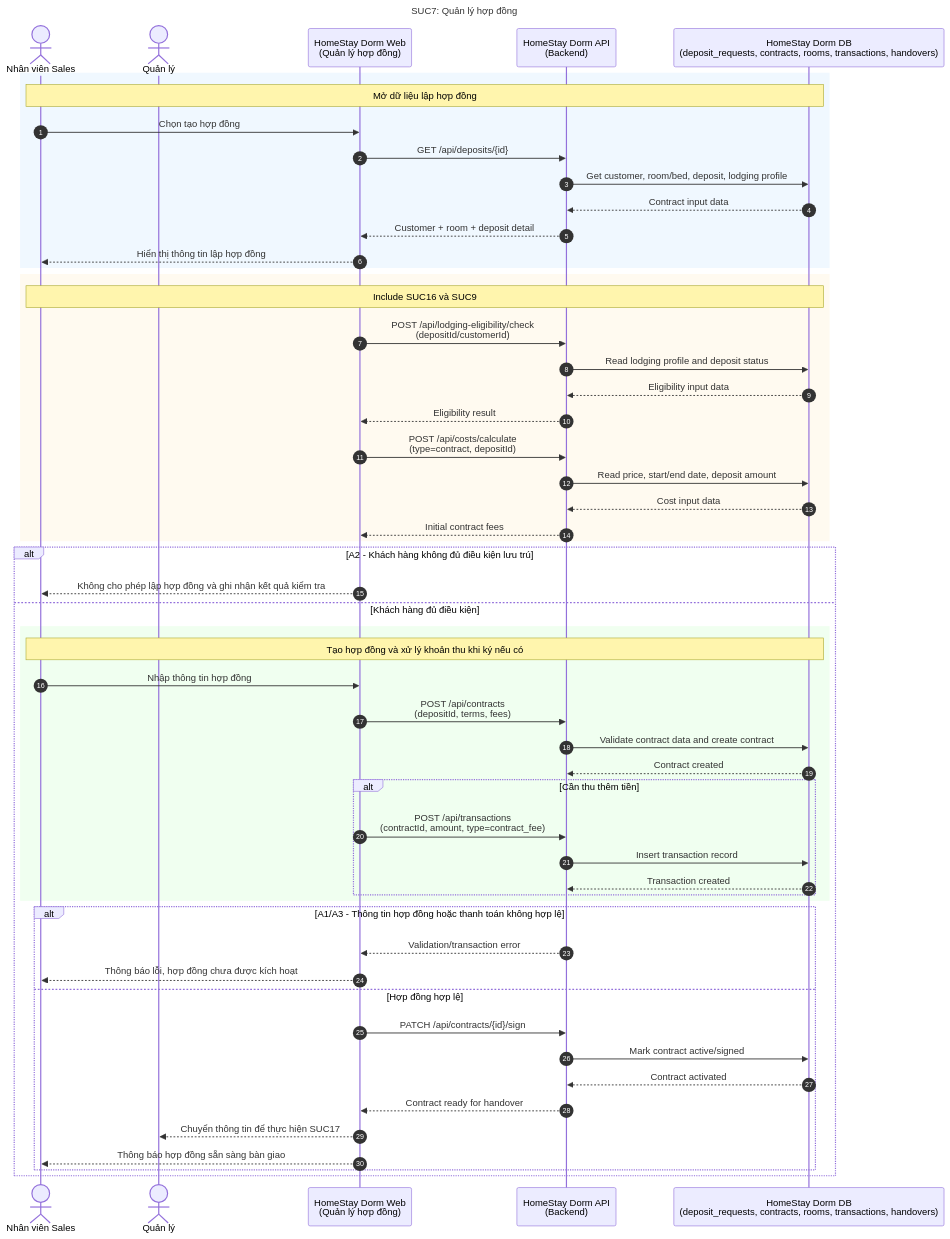
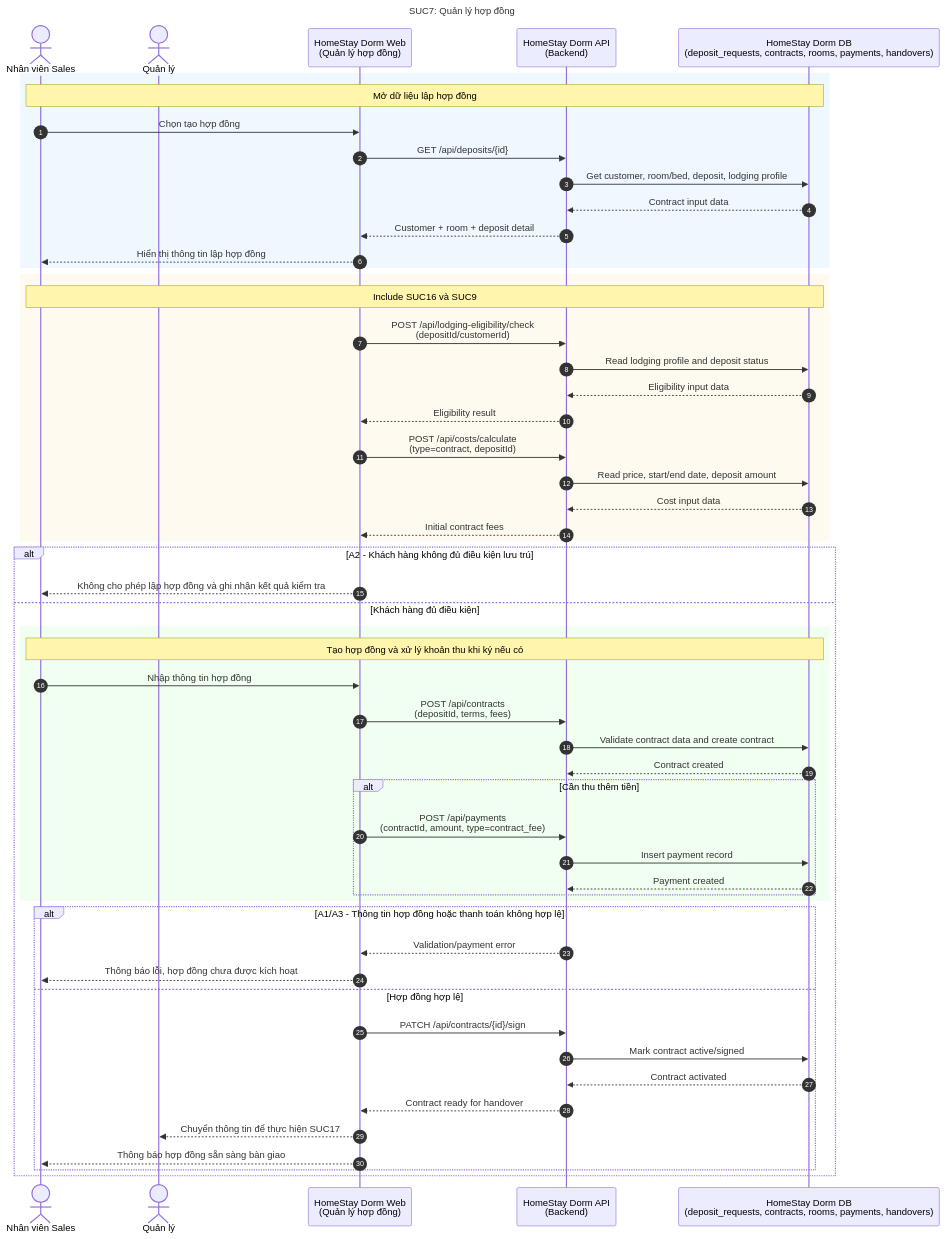
The diagram in docs/SUC/SUC07-quan-ly-hop-dong.mmd (dinhdaivu/CSC12004_Information-Systems-Analysis-and-Design), drawn with Mermaid before and after one commit. The commit also changed 30 other files, not shown here.

Commit message:
docs: change transactions to payments (#8)

```diff
--- a/docs/SUC/SUC07-quan-ly-hop-dong.mmd
+++ b/docs/SUC/SUC07-quan-ly-hop-dong.mmd
@@ -1,59 +1,59 @@
 sequenceDiagram
     title SUC7: Quản lý hợp đồng
     autonumber
     actor S as Nhân viên Sales
     actor M as Quản lý
     participant Web as HomeStay Dorm Web<br/>(Quản lý hợp đồng)
     participant API as HomeStay Dorm API<br/>(Backend)
-    participant DB as HomeStay Dorm DB<br/>(deposit_requests, contracts, rooms, transactions, handovers)
+    participant DB as HomeStay Dorm DB<br/>(deposit_requests, contracts, rooms, payments, handovers)
 
     rect rgb(240, 248, 255)
         Note over S, DB: Mở dữ liệu lập hợp đồng
         S->>Web: Chọn tạo hợp đồng
         Web->>API: GET /api/deposits/{id}
         API->>DB: Get customer, room/bed, deposit, lodging profile
         DB-->>API: Contract input data
         API-->>Web: Customer + room + deposit detail
         Web-->>S: Hiển thị thông tin lập hợp đồng
     end
 
     rect rgb(255, 250, 240)
         Note over S, DB: Include SUC16 và SUC9
         Web->>API: POST /api/lodging-eligibility/check<br/>(depositId/customerId)
         API->>DB: Read lodging profile and deposit status
         DB-->>API: Eligibility input data
         API-->>Web: Eligibility result
         Web->>API: POST /api/costs/calculate<br/>(type=contract, depositId)
         API->>DB: Read price, start/end date, deposit amount
         DB-->>API: Cost input data
         API-->>Web: Initial contract fees
     end
 
     alt A2 - Khách hàng không đủ điều kiện lưu trú
         Web-->>S: Không cho phép lập hợp đồng và ghi nhận kết quả kiểm tra
     else Khách hàng đủ điều kiện
         rect rgb(240, 255, 240)
             Note over S, DB: Tạo hợp đồng và xử lý khoản thu khi ký nếu có
             S->>Web: Nhập thông tin hợp đồng
             Web->>API: POST /api/contracts<br/>(depositId, terms, fees)
             API->>DB: Validate contract data and create contract
             DB-->>API: Contract created
             alt Cần thu thêm tiền
-                Web->>API: POST /api/transactions<br/>(contractId, amount, type=contract_fee)
-                API->>DB: Insert transaction record
-                DB-->>API: Transaction created
+                Web->>API: POST /api/payments<br/>(contractId, amount, type=contract_fee)
+                API->>DB: Insert payment record
+                DB-->>API: Payment created
             end
         end
 
         alt A1/A3 - Thông tin hợp đồng hoặc thanh toán không hợp lệ
-            API-->>Web: Validation/transaction error
+            API-->>Web: Validation/payment error
             Web-->>S: Thông báo lỗi, hợp đồng chưa được kích hoạt
         else Hợp đồng hợp lệ
             Web->>API: PATCH /api/contracts/{id}/sign
             API->>DB: Mark contract active/signed
             DB-->>API: Contract activated
             API-->>Web: Contract ready for handover
             Web-->>M: Chuyển thông tin để thực hiện SUC17
             Web-->>S: Thông báo hợp đồng sẵn sàng bàn giao
         end
     end
```
